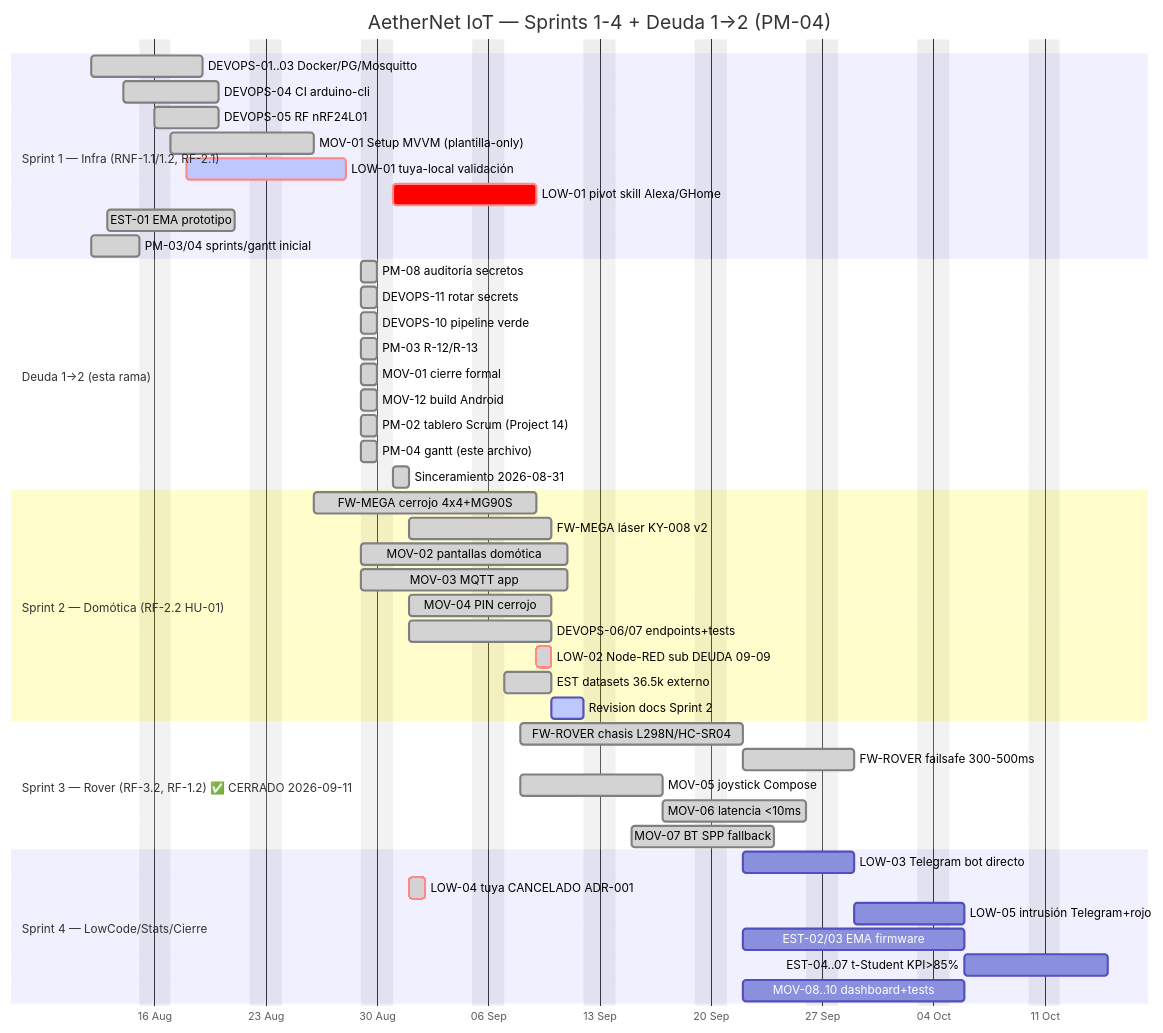
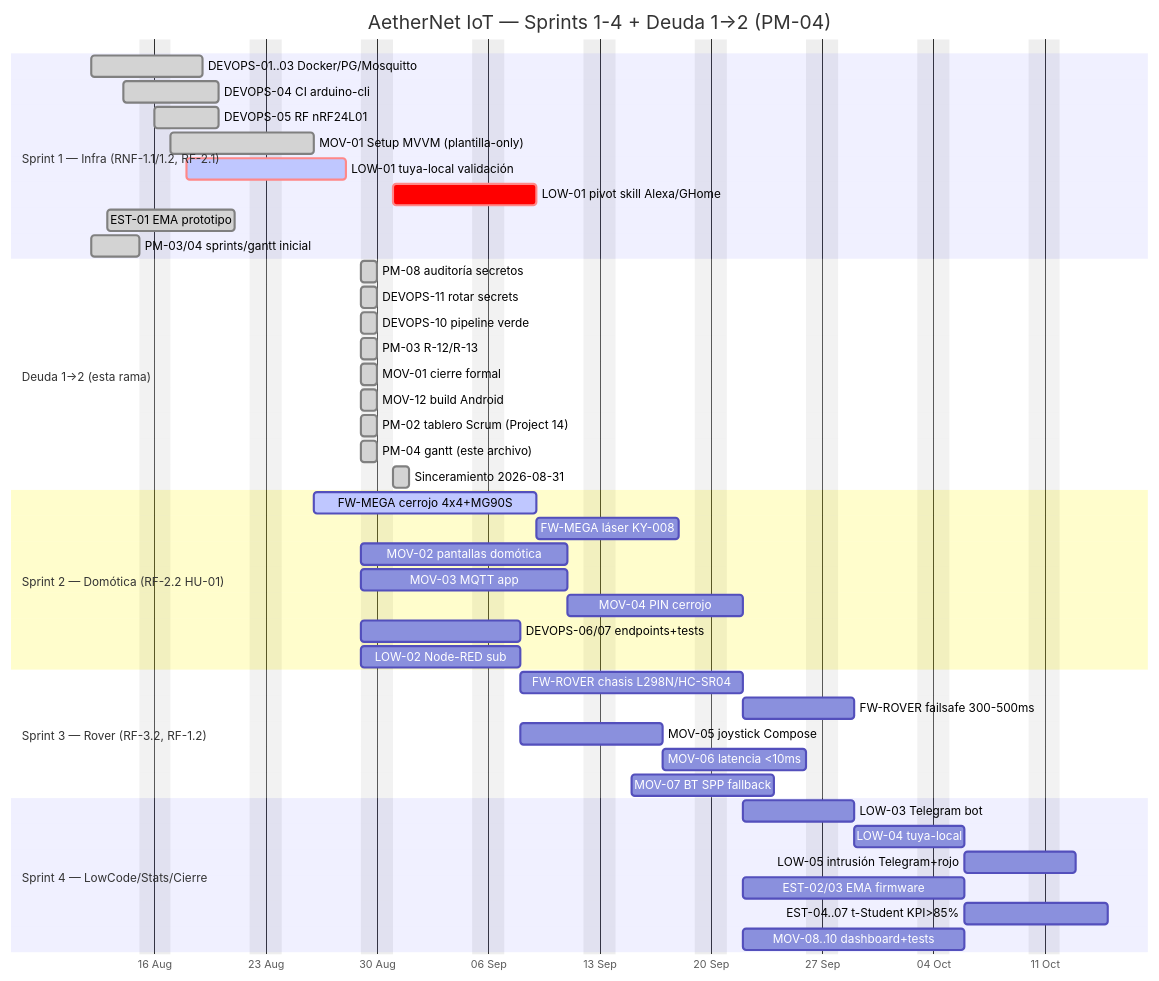
Before and after one commit to Craos6518/AetherNet-IoT-Autonomous-Rover: the diagram in docs/gantt.md, drawn with Mermaid. The commit also changed other lines of this file and 293 other files, not shown here.

First line of the commit message:
Revert "merge: develop → main (Sprint 3 + MOV-07 ✅ DONE)"

````diff
--- a/docs/gantt.md
+++ b/docs/gantt.md
@@ -7,54 +7,52 @@
 ```mermaid
 gantt
     title AetherNet IoT — Sprints 1-4 + Deuda 1→2 (PM-04)
     dateFormat  YYYY-MM-DD
     axisFormat  %d %b
     excludes    weekends
 
     section Sprint 1 — Infra (RNF-1.1/1.2, RF-2.1)
     DEVOPS-01..03 Docker/PG/Mosquitto   :done,  s1a, 2026-08-12, 5d
     DEVOPS-04 CI arduino-cli            :done,  s1b, 2026-08-14, 4d
     DEVOPS-05 RF nRF24L01                :done,  s1c, 2026-08-16, 4d
     MOV-01 Setup MVVM (plantilla-only)   :done,  s1d, 2026-08-17, 7d
     LOW-01 tuya-local validación         :crit, active, s1e, 2026-08-18, 8d
     LOW-01 pivot skill Alexa/GHome      :crit, s1e2, 2026-08-31, 7d
     EST-01 EMA prototipo                 :done,  s1f, 2026-08-13, 6d
     PM-03/04 sprints/gantt inicial      :done,  s1g, 2026-08-12, 3d
 
     section Deuda 1→2 (esta rama)
     PM-08 auditoría secretos            :done,  d1, 2026-08-29, 1d
     DEVOPS-11 rotar secrets             :done,  d2, 2026-08-29, 1d
     DEVOPS-10 pipeline verde            :done,  d3, 2026-08-29, 1d
     PM-03 R-12/R-13                     :done,  d4, 2026-08-29, 1d
     MOV-01 cierre formal                :done,  d5, 2026-08-29, 1d
     MOV-12 build Android                :done,  d6, 2026-08-29, 1d
     PM-02 tablero Scrum (Project 14)    :done,  d7, 2026-08-29, 1d
     PM-04 gantt (este archivo)          :done,  d8, 2026-08-29, 1d
     Sinceramiento 2026-08-31             :done,  d9, 2026-08-31, 1d
 
     section Sprint 2 — Domótica (RF-2.2 HU-01)
-    FW-MEGA cerrojo 4x4+MG90S            :done, s2a, 2026-08-26, 10d
-    FW-MEGA láser KY-008 v2             :done, s2b, 2026-09-01, 7d
-    MOV-02 pantallas domótica            :done, s2c, 2026-08-29, 10d
-    MOV-03 MQTT app                      :done, s2d, 2026-08-29, 10d
-    MOV-04 PIN cerrojo                   :done, s2e, 2026-09-01, 7d
-    DEVOPS-06/07 endpoints+tests         :done, s2f, 2026-09-01, 7d
-    LOW-02 Node-RED sub DEUDA 09-09     :crit, done, s2g, 2026-09-09, 1d
-    EST datasets 36.5k externo           :done, s2h, 2026-09-07, 3d
-    Revision docs Sprint 2               :active, s2i, 2026-09-10, 2d
+    FW-MEGA cerrojo 4x4+MG90S            :active, s2a, 2026-08-26, 10d
+    FW-MEGA láser KY-008                :       s2b, after s2a, 7d
+    MOV-02 pantallas domótica            :       s2c, 2026-08-29, 10d
+    MOV-03 MQTT app                      :       s2d, 2026-08-29, 10d
+    MOV-04 PIN cerrojo                   :       s2e, after s2d, 7d
+    DEVOPS-06/07 endpoints+tests         :       s2f, 2026-08-29, 7d
+    LOW-02 Node-RED sub                 :       s2g, 2026-08-29, 7d
 
-    section Sprint 3 — Rover (RF-3.2, RF-1.2) ✅ CERRADO 2026-09-11
-    FW-ROVER chasis L298N/HC-SR04        :done,  s3a, 2026-09-08, 10d
-    FW-ROVER failsafe 300-500ms          :done,  s3b, after s3a, 5d
-    MOV-05 joystick Compose               :done,  s3c, 2026-09-08, 7d
-    MOV-06 latencia <10ms                :done,  s3d, after s3c, 7d
-    MOV-07 BT SPP fallback               :done,  s3e, 2026-09-15, 7d
+    section Sprint 3 — Rover (RF-3.2, RF-1.2)
+    FW-ROVER chasis L298N/HC-SR04        :       s3a, 2026-09-08, 10d
+    FW-ROVER failsafe 300-500ms          :       s3b, after s3a, 5d
+    MOV-05 joystick Compose               :       s3c, 2026-09-08, 7d
+    MOV-06 latencia <10ms                :       s3d, after s3c, 7d
+    MOV-07 BT SPP fallback               :       s3e, 2026-09-15, 7d
 
     section Sprint 4 — LowCode/Stats/Cierre
-    LOW-03 Telegram bot directo          :       s4a, 2026-09-22, 5d
-    LOW-04 tuya CANCELADO ADR-001        :crit, done, s4b, 2026-09-01, 1d
-    LOW-05 intrusión Telegram+rojo       :       s4c, after s4a, 5d
+    LOW-03 Telegram bot                  :       s4a, 2026-09-22, 5d
+    LOW-04 tuya-local                    :       s4b, after s4a, 5d
+    LOW-05 intrusión Telegram+rojo       :       s4c, after s4b, 5d
     EST-02/03 EMA firmware               :       s4d, 2026-09-22, 10d
     EST-04..07 t-Student KPI>85%         :       s4e, after s4d, 7d
     MOV-08..10 dashboard+tests           :       s4f, 2026-09-22, 10d
 ```
````
